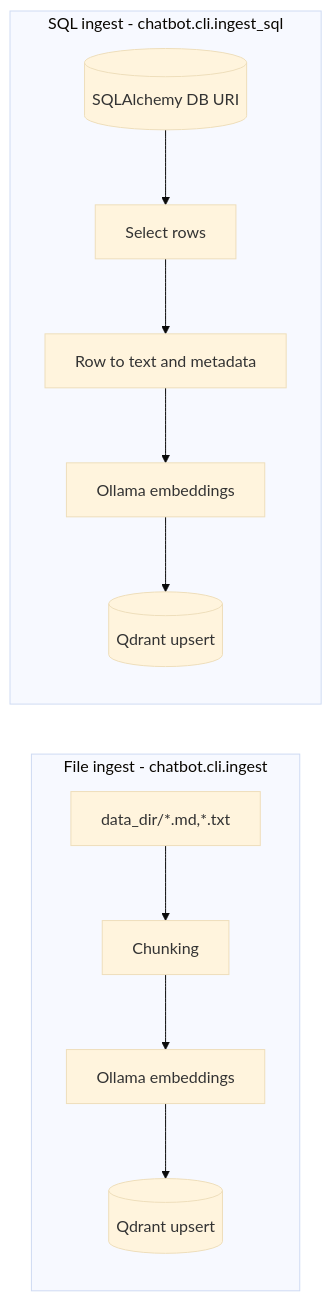
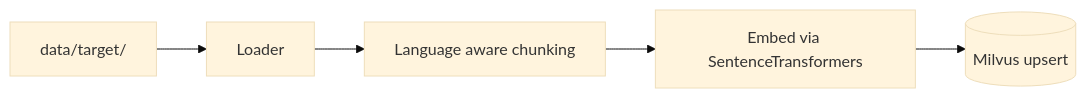
One commit to YiLi98317/rag-chatbot changed the third of 3 diagrams in intro.md. Above: the diagram before and after it, drawn with Mermaid (base theme). The commit also changed other lines of this file and 5 other files, not shown here.

````diff
--- a/intro.md
+++ b/intro.md
@@ -161,15 +210,7 @@
 ```mermaid
 flowchart LR
-  subgraph Files[File ingest - chatbot.cli.ingest]
-    D[data_dir/*.md,*.txt] --> C[Chunking]
-    C --> E[Ollama embeddings]
-    E --> Q[(Qdrant upsert)]
-  end
-
-  subgraph SQL[SQL ingest - chatbot.cli.ingest_sql]
-    DB[(SQLAlchemy DB URI)] --> S[Select rows]
-    S --> T[Row to text and metadata]
-    T --> E2[Ollama embeddings]
-    E2 --> Q2[(Qdrant upsert)]
-  end
+  D[data/target/] --> L[Loader]
+  L --> C[Language aware chunking]
+  C --> E[Embed via SentenceTransformers]
+  E --> M[(Milvus upsert)]
 ```
````
